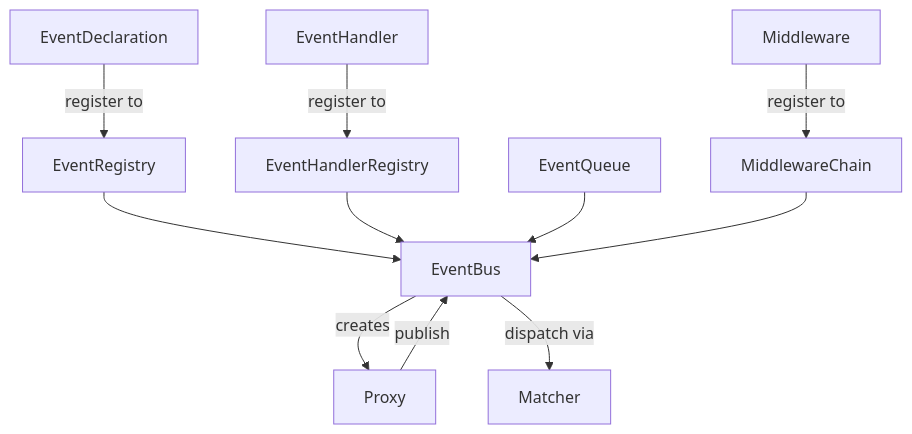
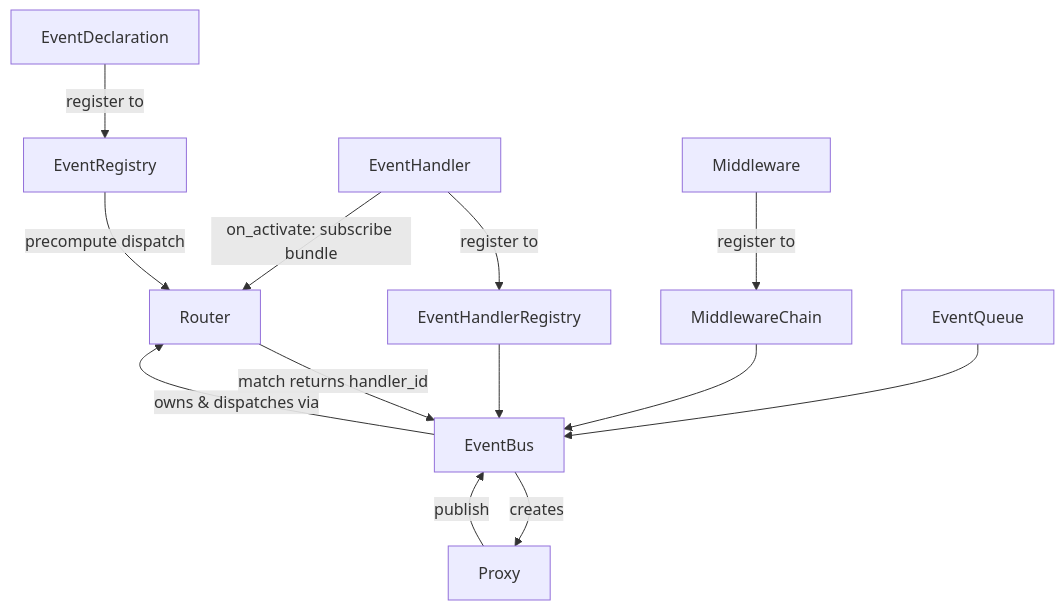
One commit to yinbailiang/event_bus changed the diagram in docs/en-us/event_bus.md. Above: the diagram before and after it, drawn with Mermaid. The commit also changed other lines of this file and 14 other files, not shown here.

Commit message:
docs(router): rewrite bus/event/handler/router docs for Router + Subscriptions API

````diff
--- a/docs/en-us/event_bus.md
+++ b/docs/en-us/event_bus.md
@@ -28,13 +28,15 @@
 ```mermaid
 graph TD
     ED[EventDeclaration] -->|register to| ER[EventRegistry]
     EH[EventHandler] -->|register to| HR[EventHandlerRegistry]
     MW[Middleware] -->|register to| MC[MiddlewareChain]
-    ER --> EB[EventBus]
-    HR --> EB
+    ER -->|precompute dispatch| R[Router]
+    HR --> EB[EventBus]
+    EH -->|on_activate: subscribe bundle| R[Router]
+    EB -->|owns & dispatches via| R[Router]
+    R -->|match returns handler_id| EB
     Q[EventQueue] --> EB
     MC --> EB
     EB -->|creates| P[Proxy]
     P -->|publish| EB
-    EB -->|dispatch via| M[Matcher]
 ```
````
